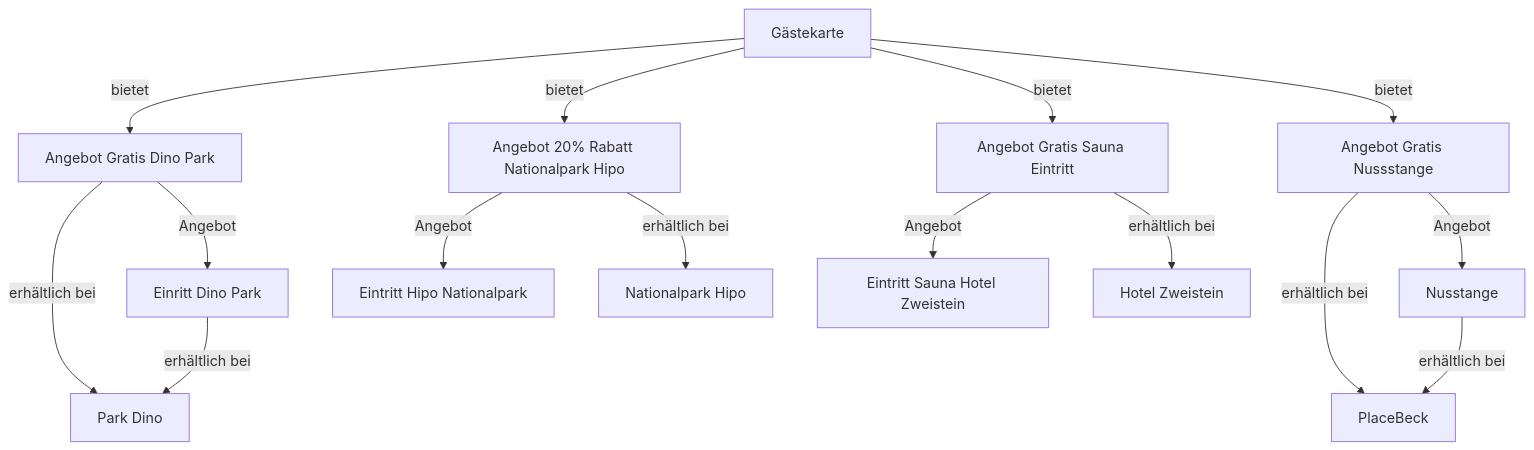
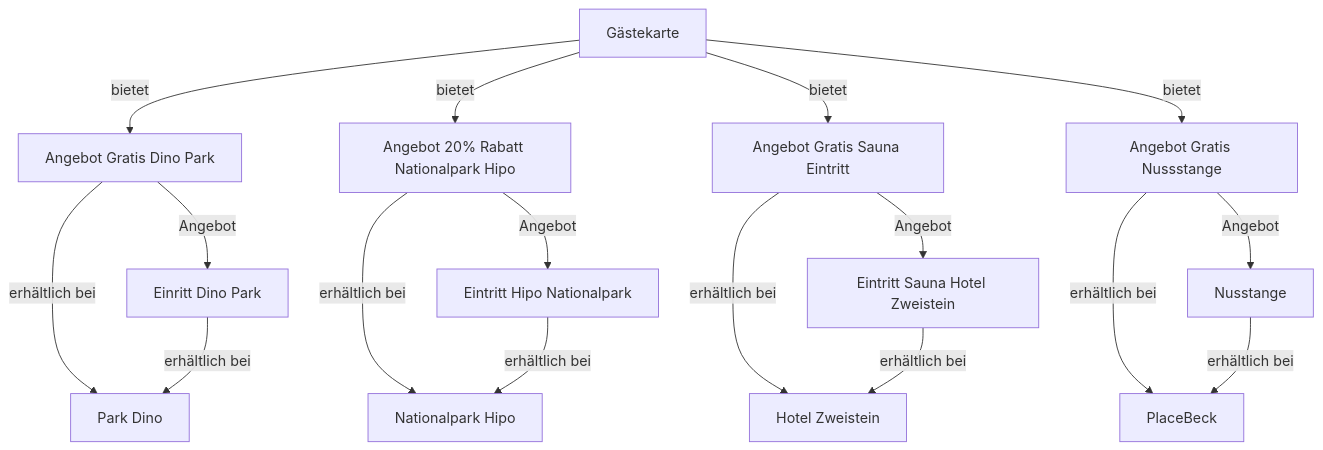
Before and after one commit to tsolenthaler/docs.contentdesk.io: the first of 2 diagrams in docs/concepts/gaestekarte.md, drawn with Mermaid.

Commit message:
Refactor gaestekarte.md: Update properties and add missing connections

````diff
--- a/docs/concepts/gaestekarte.md
+++ b/docs/concepts/gaestekarte.md
@@ -17,22 +17,24 @@
 ``` mermaid
 graph TD
     GuestCard[Gästekarte] --> |bietet| OfferGratisDino[Angebot Gratis Dino Park]
     GuestCard -->|bietet| Offer20RabattHipo[Angebot 20% Rabatt Nationalpark Hipo]
     GuestCard -->|bietet| OfferSauna[Angebot Gratis Sauna Eintritt]
     GuestCard -->|bietet| OfferNusstange[Angebot Gratis Nussstange]
 
     OfferGratisDino --> |Angebot| OfferDinoPark["Einritt Dino Park"]
     OfferGratisDino --> |erhältlich bei| PlaceDinoPark
 
     OfferDinoPark -->|erhältlich bei| PlaceDinoPark[Park Dino]
 
     OfferNusstange --> |Angebot| ProductNusstange[Nusstange]
     OfferNusstange --> |erhältlich bei| PlaceBeck
     ProductNusstange --> |erhältlich bei| PlaceBeck
 
     Offer20RabattHipo --> |Angebot| ProductHipo[Eintritt Hipo Nationalpark]
     Offer20RabattHipo --> |erhältlich bei| PlaceHipo[Nationalpark Hipo]
+    ProductHipo --> |erhältlich bei| PlaceHipo[Nationalpark Hipo]
 
     OfferSauna --> |Angebot| ProductSauna[Eintritt Sauna Hotel Zweistein]
     OfferSauna --> |erhältlich bei| PlaceHotel[Hotel Zweistein]
+    ProductSauna --> |erhältlich bei| PlaceHotel[Hotel Zweistein]
 ```
````
